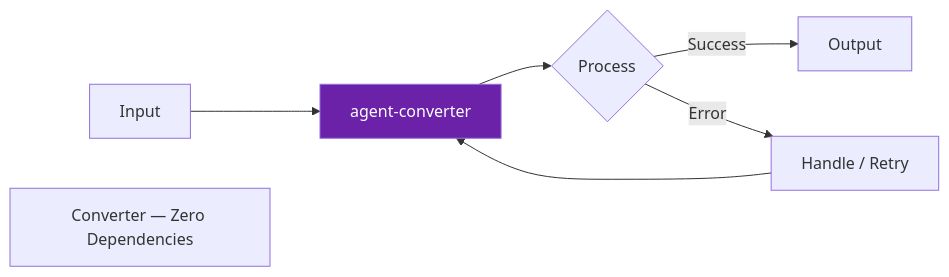
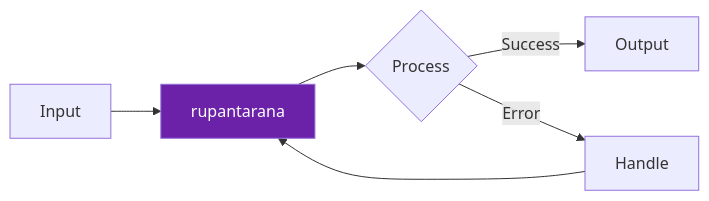
One commit to darshjme/rupantarana changed the diagram in README.md. Above: the diagram before and after it, drawn with Mermaid. The commit also changed other lines of this file and 1 other file, not shown here.

First line of the commit message:
feat(vedic-v3): rename to rupantarana (रूपांतरण)

````diff
--- a/README.md
+++ b/README.md
@@ -48,10 +39,9 @@
 ```mermaid
 flowchart LR
-    A[Input] --> B[agent-converter]
+    A[Input] --> B[rupantarana]
     B --> C{Process}
     C -- Success --> D[Output]
-    C -- Error --> E[Handle / Retry]
+    C -- Error --> E[Handle]
     E --> B
     style B fill:#6b21a8,color:#fff
-    note["Converter — Zero Dependencies"]
 ```
````
